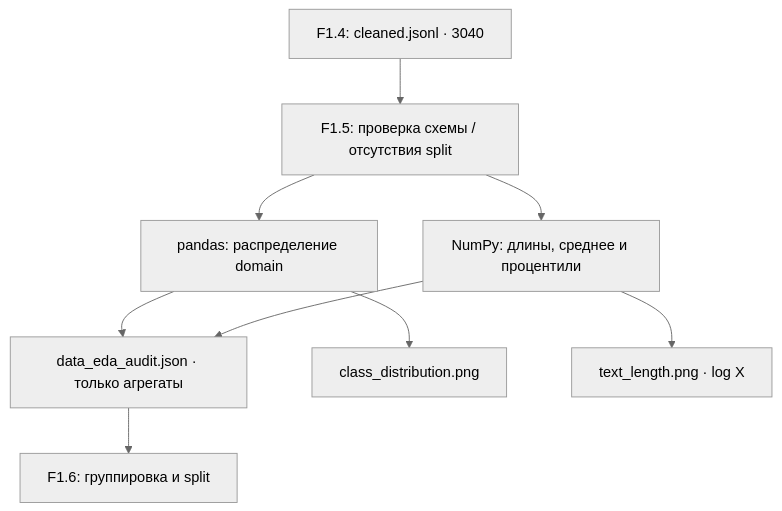
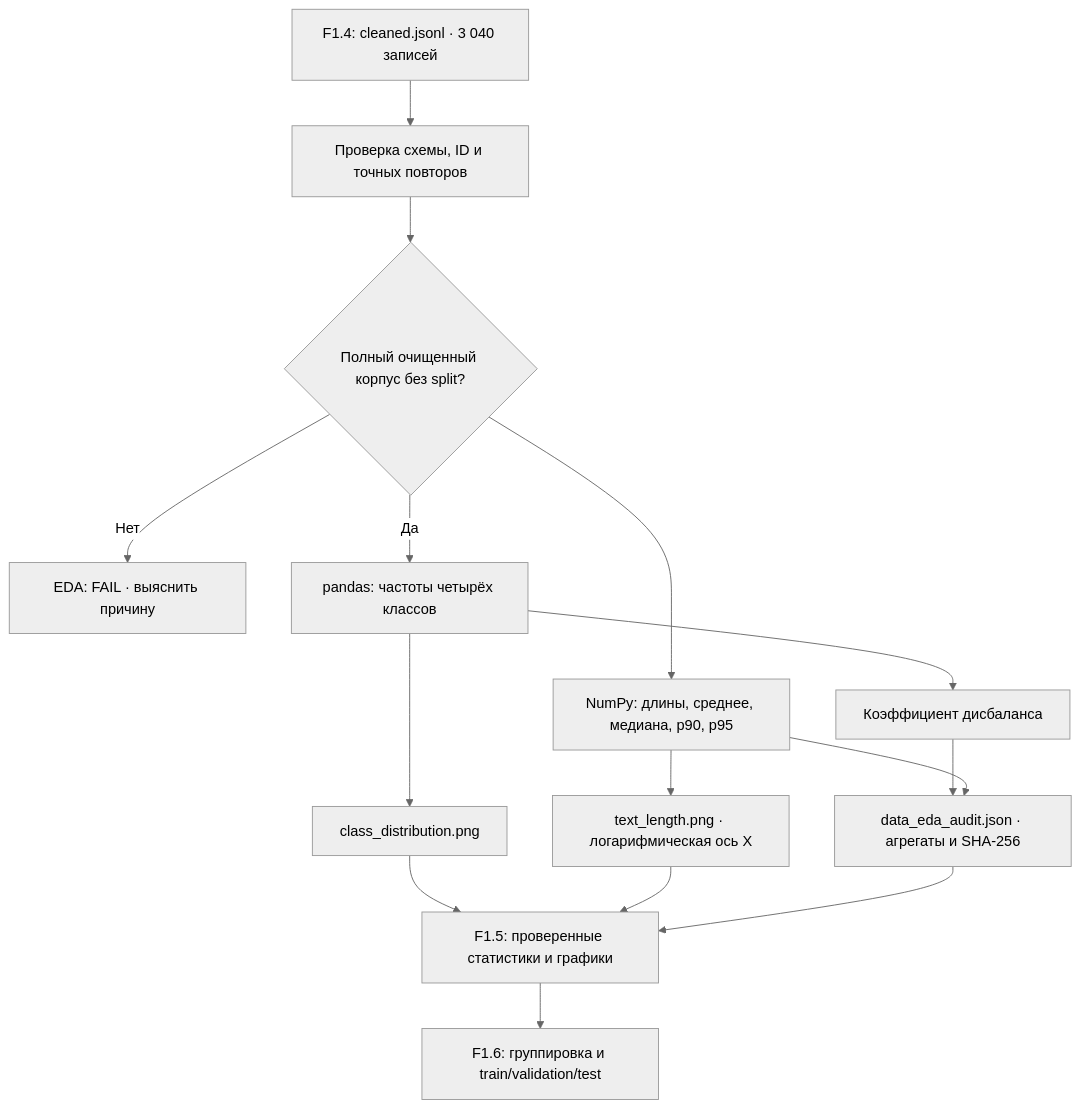
One commit to trasher88/ml-engineering-lab changed the diagram in docs/steps/F1_05_eda.md. Above: the diagram before and after it, drawn with Mermaid (neutral theme). The commit also changed other lines of this file and 8 other files, not shown here.

````diff
--- a/docs/steps/F1_05_eda.md
+++ b/docs/steps/F1_05_eda.md
@@ -44,11 +214,17 @@
 ```mermaid
 flowchart TD
-    A["F1.4: cleaned.jsonl · 3040"] --> B["F1.5: проверка схемы / отсутствия split"]
-    B --> C["pandas: распределение domain"]
-    B --> D["NumPy: длины, среднее и процентили"]
-    C --> E["data_eda_audit.json · только агрегаты"]
-    D --> E
-    C --> F["class_distribution.png"]
-    D --> G["text_length.png · log X"]
-    E --> H["F1.6: группировка и split"]
+    A["F1.4: cleaned.jsonl · 3 040 записей"] --> B["Проверка схемы, ID и точных повторов"]
+    B --> C{"Полный очищенный корпус без split?"}
+    C -->|Нет| X["EDA: FAIL · выяснить причину"]
+    C -->|Да| D["pandas: частоты четырёх классов"]
+    C --> E["NumPy: длины, среднее, медиана, p90, p95"]
+    D --> F["Коэффициент дисбаланса"]
+    D --> G["class_distribution.png"]
+    E --> H["text_length.png · логарифмическая ось X"]
+    F --> I["data_eda_audit.json · агрегаты и SHA-256"]
+    E --> I
+    G --> J["F1.5: проверенные статистики и графики"]
+    H --> J
+    I --> J
+    J --> K["F1.6: группировка и train/validation/test"]
 ```
````
